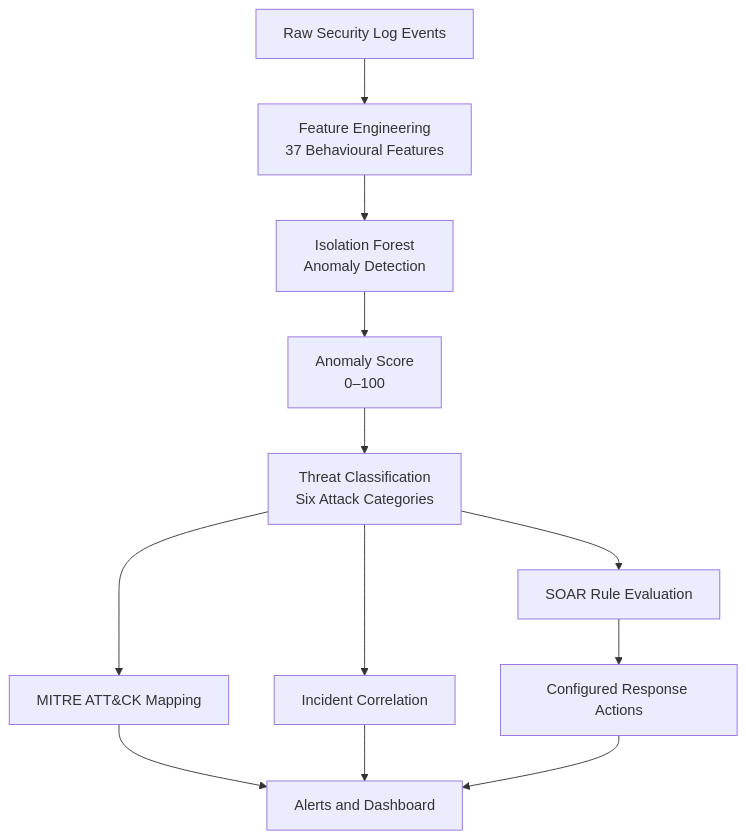
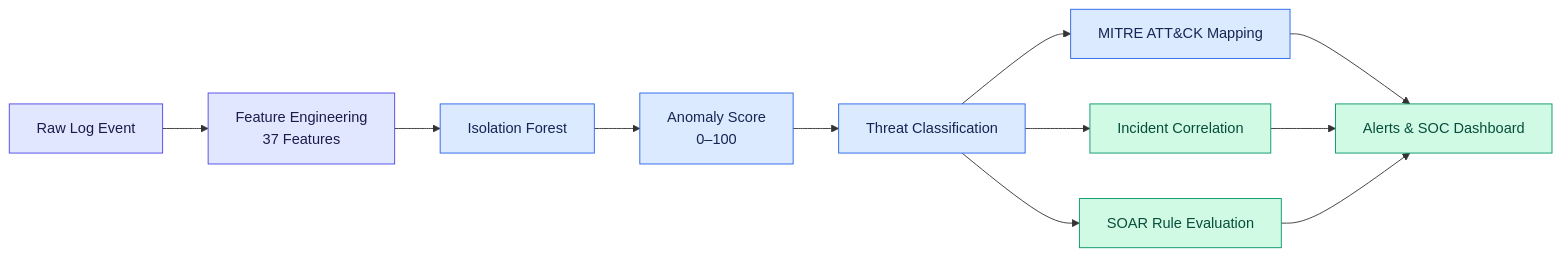
The second of 2 diagrams in README.md (Varunpv2005/ai-threat-hunting-platform), drawn with Mermaid before and after one commit. The commit also changed other lines of this file, not shown here.

````diff
--- a/README.md
+++ b/README.md
@@ -90,14 +117,20 @@
-```mermaid
-flowchart TD
-    A["Raw Security Log Events"] --> B["Feature Engineering<br/>37 Behavioural Features"]
-    B --> C["Isolation Forest<br/>Anomaly Detection"]
+``` mermaid
+flowchart LR
+    A["Raw Log Event"] --> B["Feature Engineering<br/>37 Features"]
+    B --> C["Isolation Forest"]
     C --> D["Anomaly Score<br/>0–100"]
-    D --> E["Threat Classification<br/>Six Attack Categories"]
+    D --> E["Threat Classification"]
     E --> F["MITRE ATT&CK Mapping"]
     E --> G["Incident Correlation"]
     E --> H["SOAR Rule Evaluation"]
-    F --> I["Alerts and Dashboard"]
+    F --> I["Alerts & SOC Dashboard"]
     G --> I
-    H --> J["Configured Response Actions"]
-    J --> I
+    H --> I
+
+    classDef source fill:#e0e7ff,stroke:#4f46e5,color:#1e1b4b
+    classDef analysis fill:#dbeafe,stroke:#2563eb,color:#172554
+    classDef output fill:#d1fae5,stroke:#059669,color:#064e3b
+    class A,B source
+    class C,D,E,F analysis
+    class G,H,I output
 ```
````
